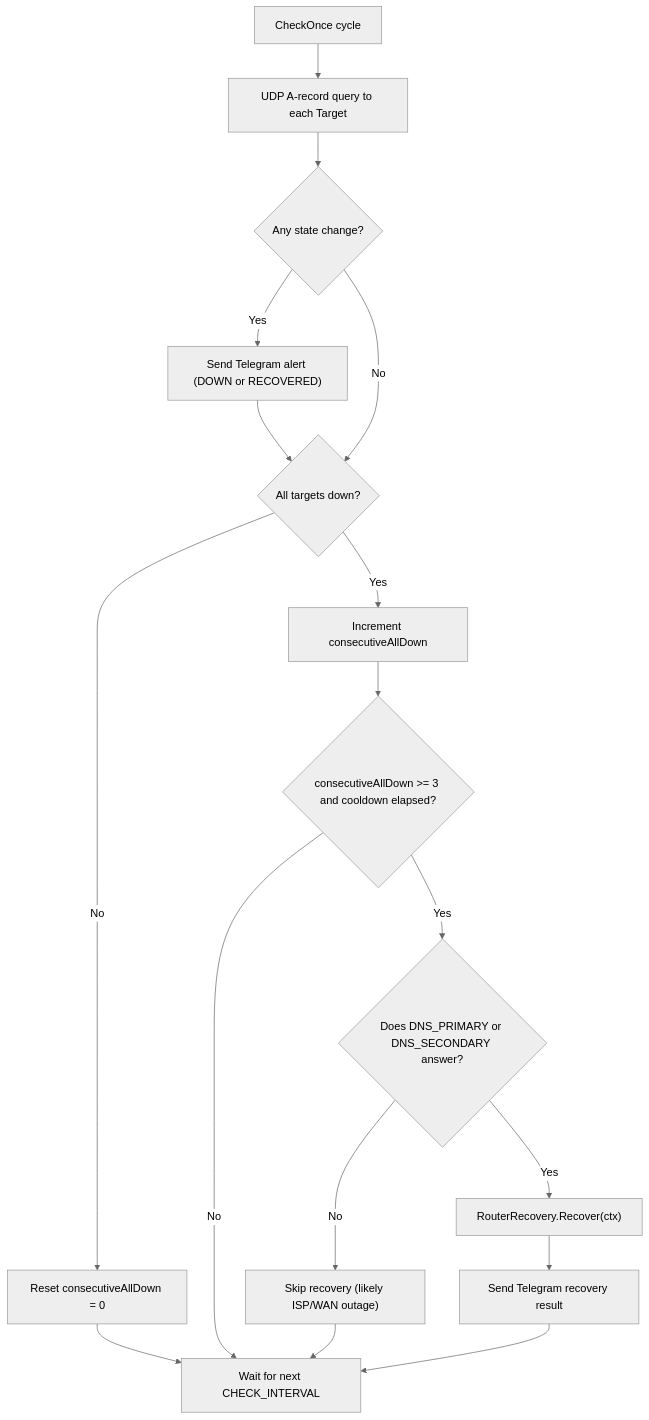
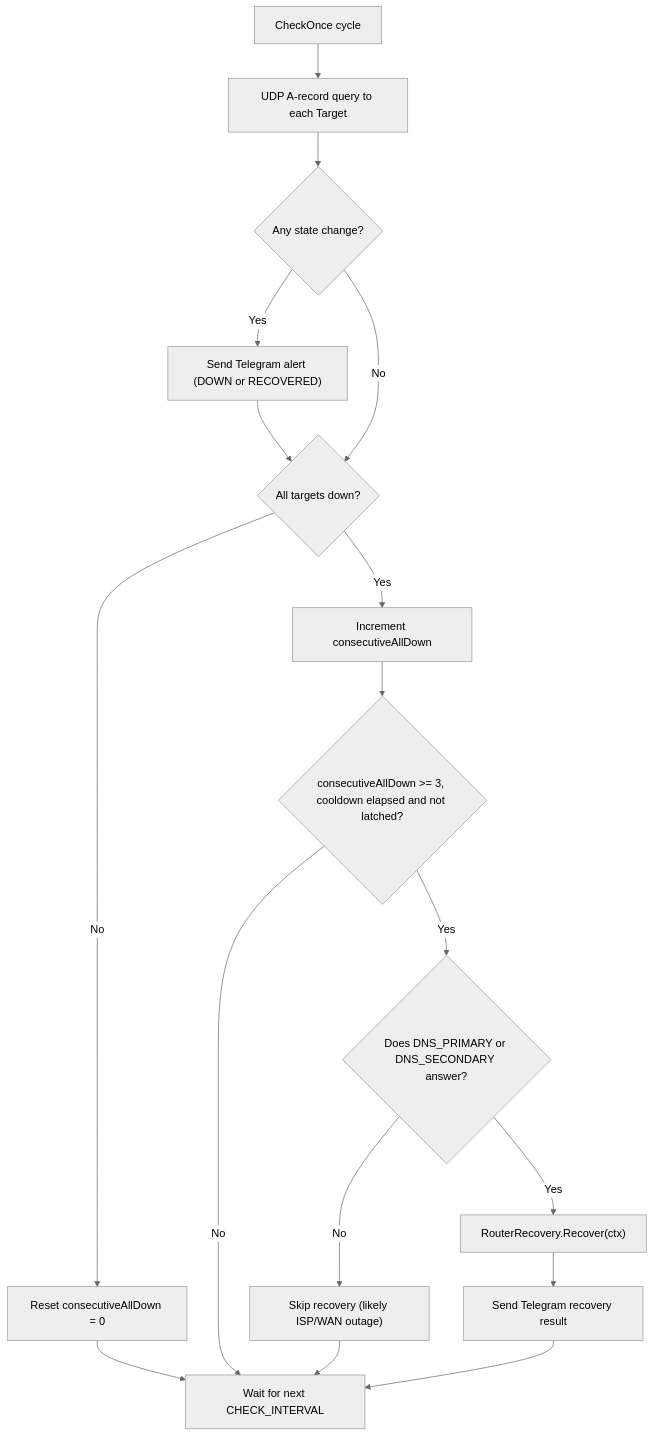
The diagram in docs/architecture.md (uniextra/Local_DNS-DRP), drawn with Mermaid (neutral theme) before and after one commit. The commit also changed other lines of this file and 3 other files, not shown here.

````diff
--- a/docs/architecture.md
+++ b/docs/architecture.md
@@ -23,19 +23,19 @@
 ```mermaid
 flowchart TD
     A["CheckOnce cycle"] --> B["UDP A-record query to each Target"]
     B --> C{"Any state change?"}
     C -- "Yes" --> D["Send Telegram alert (DOWN or RECOVERED)"]
     C -- "No" --> E{"All targets down?"}
     D --> E
     E -- "No" --> F["Reset consecutiveAllDown = 0"]
     E -- "Yes" --> G["Increment consecutiveAllDown"]
-    G --> H{"consecutiveAllDown >= 3 and cooldown elapsed?"}
+    G --> H{"consecutiveAllDown >= 3, cooldown elapsed and not latched?"}
     H -- "No" --> I["Wait for next CHECK_INTERVAL"]
     H -- "Yes" --> J{"Does DNS_PRIMARY or DNS_SECONDARY answer?"}
     J -- "No" --> K["Skip recovery (likely ISP/WAN outage)"]
     J -- "Yes" --> L["RouterRecovery.Recover(ctx)"]
     L --> M["Send Telegram recovery result"]
     F --> I
     K --> I
     M --> I
 ```
````
